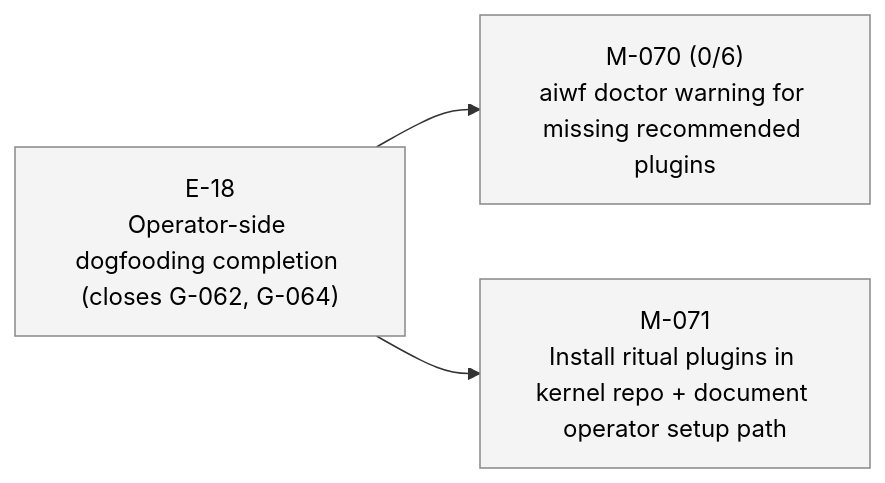
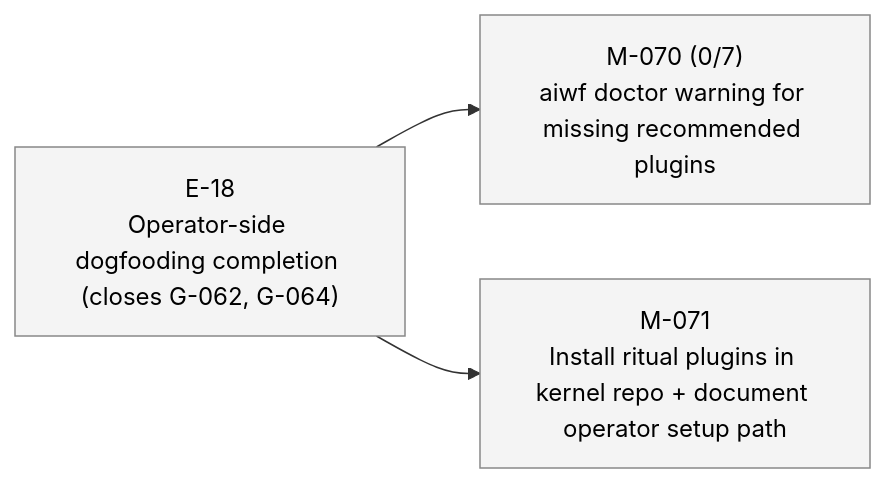
The fourth of 4 diagrams in STATUS.md (23min/aiwf), drawn with Mermaid before and after one commit. The commit also changed other lines of this file and 1 other file, not shown here.

First line of the commit message:
aiwf add ac M-070/AC-7 "doctor --self-check covers the new check end-to-end"

````diff
--- a/STATUS.md
+++ b/STATUS.md
@@ -80,14 +80,14 @@
 ```mermaid
 flowchart LR
   E_18["E-18<br/>Operator-side dogfooding completion (closes G-062, G-064)"]:::epic_proposed
-  M_070["M-070 (0/6)<br/>aiwf doctor warning for missing recommended plugins"]:::ms_draft
+  M_070["M-070 (0/7)<br/>aiwf doctor warning for missing recommended plugins"]:::ms_draft
   E_18 --> M_070
   M_071["M-071<br/>Install ritual plugins in kernel repo + document operator setup path"]:::ms_draft
   E_18 --> M_071
   classDef epic_active fill:#d6eaff,stroke:#1a73e8,color:#000
   classDef epic_proposed fill:#f4f4f4,stroke:#888,color:#000
   classDef ms_done fill:#d8f5d8,stroke:#2a8a2a,color:#000
   classDef ms_in_progress fill:#fff3c4,stroke:#caa400,color:#000
   classDef ms_draft fill:#f4f4f4,stroke:#888,color:#000
   classDef ms_cancelled fill:#fbeaea,stroke:#c33,color:#000
 ```
````
